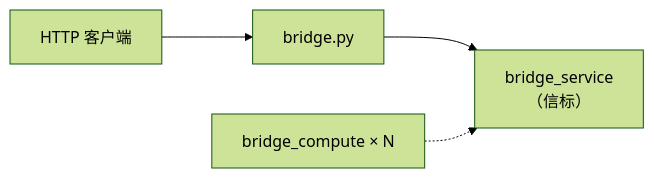
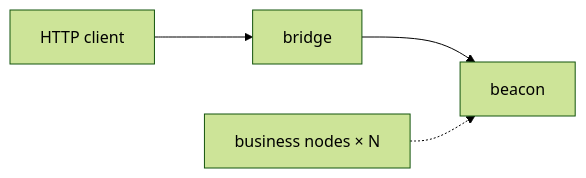
Before and after one commit to PassByYou888/LingoFuse: the fifth of 20 diagrams in Py/lingofuse/Bridge_User_Guide.md, drawn with Mermaid (forest theme). The commit also changed other lines of this file, not shown here.

````diff
--- a/Py/lingofuse/Bridge_User_Guide.md
+++ b/Py/lingofuse/Bridge_User_Guide.md
@@ -171,6 +200,6 @@
 ```mermaid
 flowchart LR
-    B["bridge.py"] --> BS["bridge_service<br/>（信标）"]
-    BC["bridge_compute × N"] -.-> BS
-    HTTP["HTTP 客户端"] --> B
+    B["bridge"] --> BS["beacon"]
+    BC["business nodes × N"] -.-> BS
+    HTTP["HTTP client"] --> B
 ```
````
